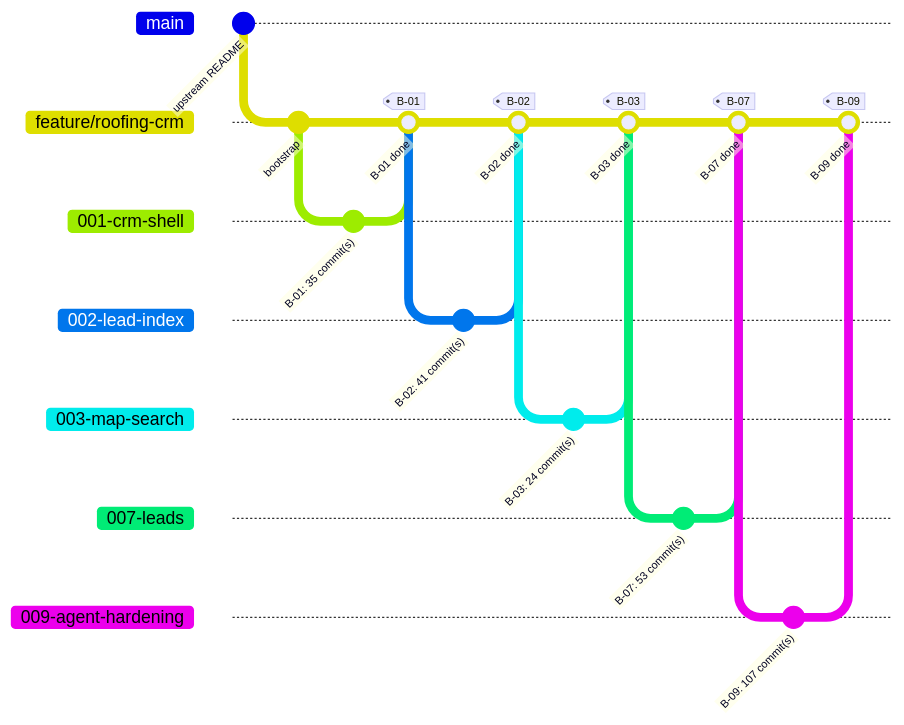
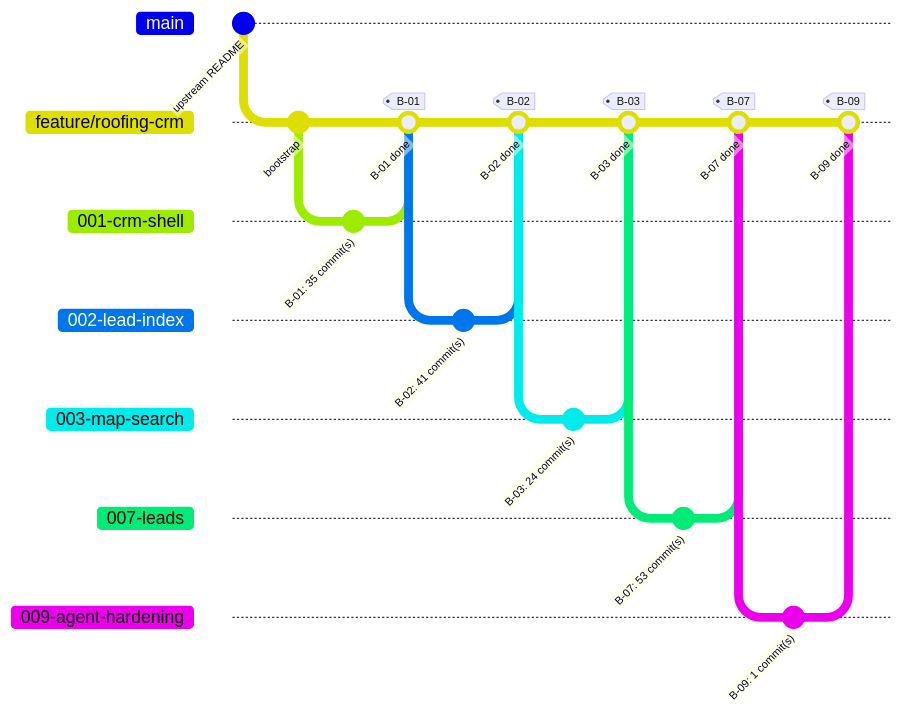
Before and after one commit to HebaGaber/roofing-crm: the second of 2 diagrams in docs/progress.md, drawn with Mermaid. The commit also changed other lines of this file and 25 other files, not shown here.

````diff
--- a/docs/progress.md
+++ b/docs/progress.md
@@ -19,27 +19,27 @@
 ```mermaid
 %%{init: { 'gitGraph': { 'mainBranchName': 'main', 'showCommitLabel': true } } }%%
 gitGraph
   commit id: "upstream README"
   branch "feature/roofing-crm"
   commit id: "bootstrap"
   branch "001-crm-shell"
   commit id: "B-01: 35 commit(s)"
   checkout "feature/roofing-crm"
   merge "001-crm-shell" id: "B-01 done" tag: "B-01"
   branch "002-lead-index"
   commit id: "B-02: 41 commit(s)"
   checkout "feature/roofing-crm"
   merge "002-lead-index" id: "B-02 done" tag: "B-02"
   branch "003-map-search"
   commit id: "B-03: 24 commit(s)"
   checkout "feature/roofing-crm"
   merge "003-map-search" id: "B-03 done" tag: "B-03"
   branch "007-leads"
   commit id: "B-07: 53 commit(s)"
   checkout "feature/roofing-crm"
   merge "007-leads" id: "B-07 done" tag: "B-07"
   branch "009-agent-hardening"
-  commit id: "B-09: 107 commit(s)"
+  commit id: "B-09: 1 commit(s)"
   checkout "feature/roofing-crm"
   merge "009-agent-hardening" id: "B-09 done" tag: "B-09"
 ```
````
